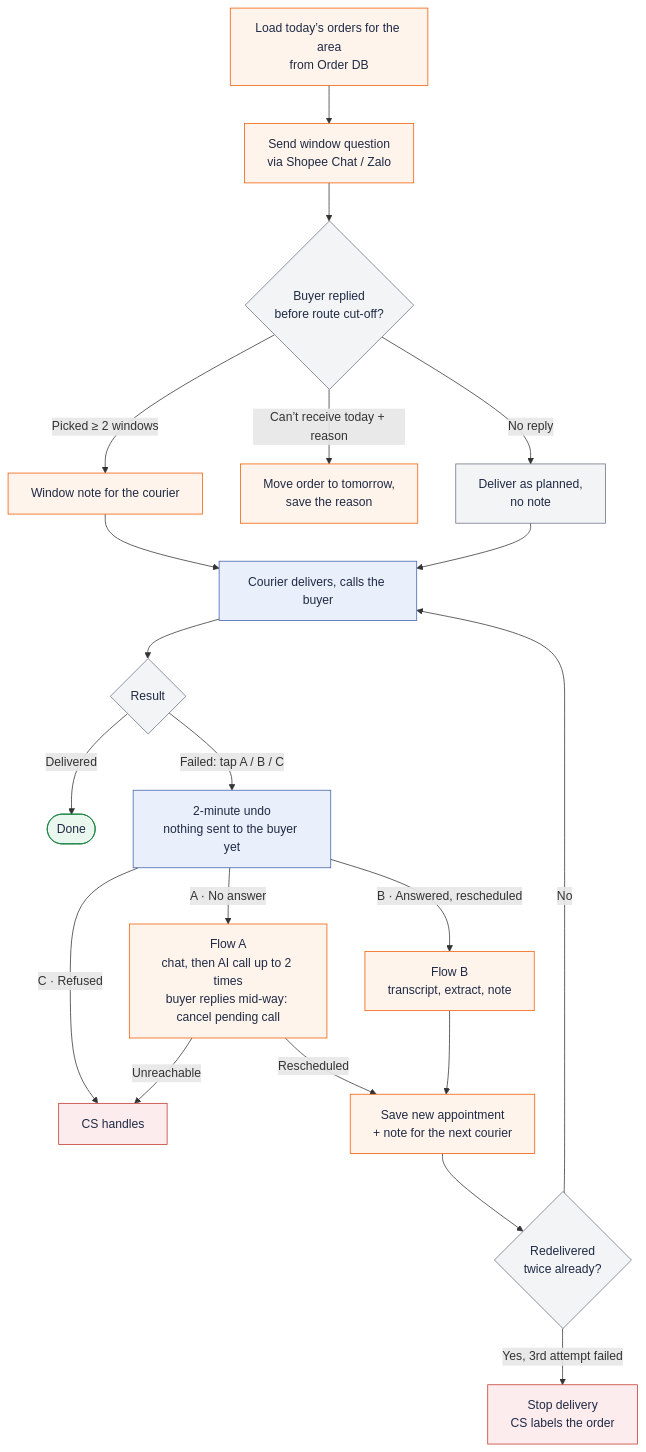
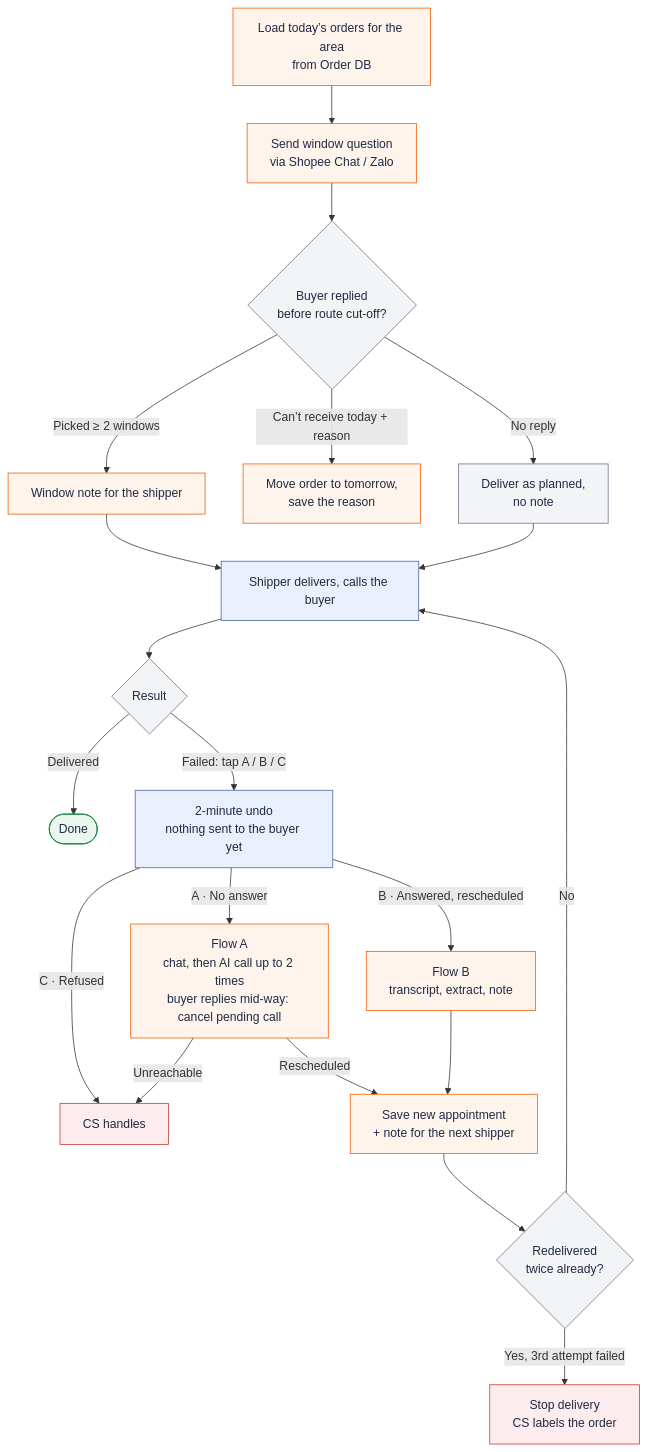
Before and after one commit to BennedictQuanTon/Alodi-Regional-Codex-Hackathon-2026: the first of 18 diagrams in prep/02-technical/PRD.md, drawn with Mermaid. The commit also changed other lines of this file and 84 other files, not shown here.

````diff
--- a/prep/02-technical/PRD.md
+++ b/prep/02-technical/PRD.md
@@ -207,28 +207,28 @@
 ```mermaid
 flowchart TD
   L["Load today’s orders for the area<br/>from Order DB"]:::agent --> Q["Send window question<br/>via Shopee Chat / Zalo"]:::agent
   Q --> R{"Buyer replied<br/>before route cut-off?"}:::dec
-  R -- "Picked ≥ 2 windows" --> N["Window note for the courier"]:::agent
+  R -- "Picked ≥ 2 windows" --> N["Window note for the shipper"]:::agent
   R -- "Can’t receive today + reason" --> M["Move order to tomorrow,<br/>save the reason"]:::agent
   R -- "No reply" --> P["Deliver as planned,<br/>no note"]:::dec
-  N --> D["Courier delivers, calls the buyer"]:::courier
+  N --> D["Shipper delivers, calls the buyer"]:::shipper
   P --> D
   D --> K{"Result"}:::dec
   K -- "Delivered" --> OK(["Done"]):::done
-  K -- "Failed: tap A / B / C" --> U["2-minute undo<br/>nothing sent to the buyer yet"]:::courier
+  K -- "Failed: tap A / B / C" --> U["2-minute undo<br/>nothing sent to the buyer yet"]:::shipper
   U -- "C · Refused" --> CS1["CS handles"]:::cs
   U -- "A · No answer" --> FA["Flow A<br/>chat, then AI call up to 2 times<br/>buyer replies mid-way: cancel pending call"]:::agent
   U -- "B · Answered, rescheduled" --> FB["Flow B<br/>transcript, extract, note"]:::agent
   FA -- "Unreachable" --> CS1
-  FA -- "Rescheduled" --> S["Save new appointment<br/>+ note for the next courier"]:::agent
+  FA -- "Rescheduled" --> S["Save new appointment<br/>+ note for the next shipper"]:::agent
   FB --> S
   S --> T{"Redelivered<br/>twice already?"}:::dec
   T -- "No" --> D
   T -- "Yes, 3rd attempt failed" --> STOP["Stop delivery<br/>CS labels the order"]:::cs
 
   classDef agent fill:#fff4ec,stroke:#f05a00,color:#1f2a44
-  classDef courier fill:#eaf0fb,stroke:#3f5fae,color:#1f2a44
+  classDef shipper fill:#eaf0fb,stroke:#3f5fae,color:#1f2a44
   classDef cs fill:#fdecee,stroke:#c0392b,color:#1f2a44
   classDef done fill:#e9f7ee,stroke:#15803d,color:#1f2a44
   classDef dec fill:#f3f4f6,stroke:#6b7183,color:#1f2a44
 ```
````
